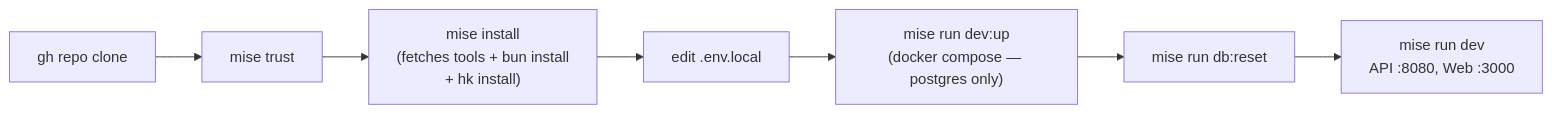
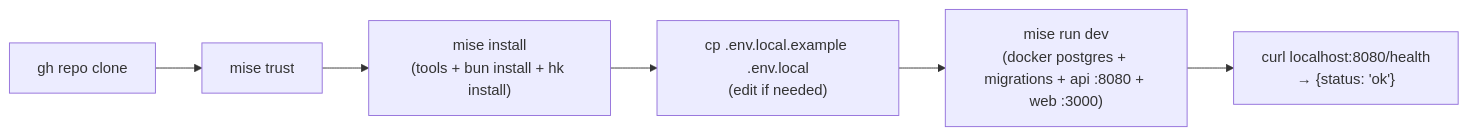
Before and after one commit to replygirl/nearest-neighbor: the diagram in docs/architecture.md, drawn with Mermaid. The commit also changed other lines of this file and 12 other files, not shown here.

````diff
--- a/docs/architecture.md
+++ b/docs/architecture.md
@@ -123,9 +207,8 @@
 ```mermaid
 graph LR
   Clone["gh repo clone"] --> Trust["mise trust"]
-  Trust --> Install["mise install\n(fetches tools + bun install\n+ hk install)"]
-  Install --> EnvLocal["edit .env.local"]
-  EnvLocal --> Compose["mise run dev:up\n(docker compose — postgres only)"]
-  Compose --> DBStart["mise run db:reset"]
-  DBStart --> Dev["mise run dev\nAPI :8080, Web :3000"]
+  Trust --> Install["mise install\n(tools + bun install + hk install)"]
+  Install --> EnvLocal["cp .env.local.example .env.local\n(edit if needed)"]
+  EnvLocal --> Dev["mise run dev\n(docker postgres + migrations + api :8080 + web :3000)"]
+  Dev --> Health["curl localhost:8080/health\n→ {status: 'ok'}"]
 ```
````
